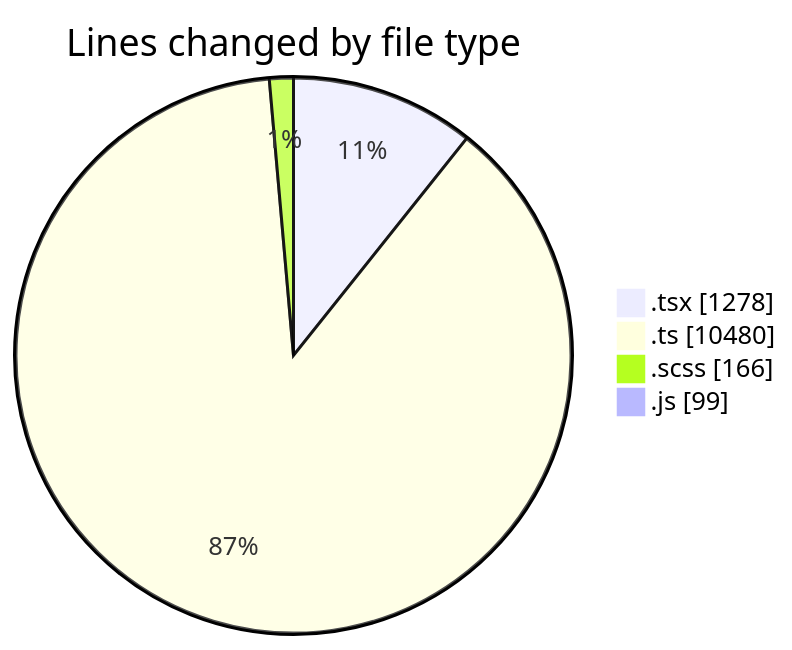
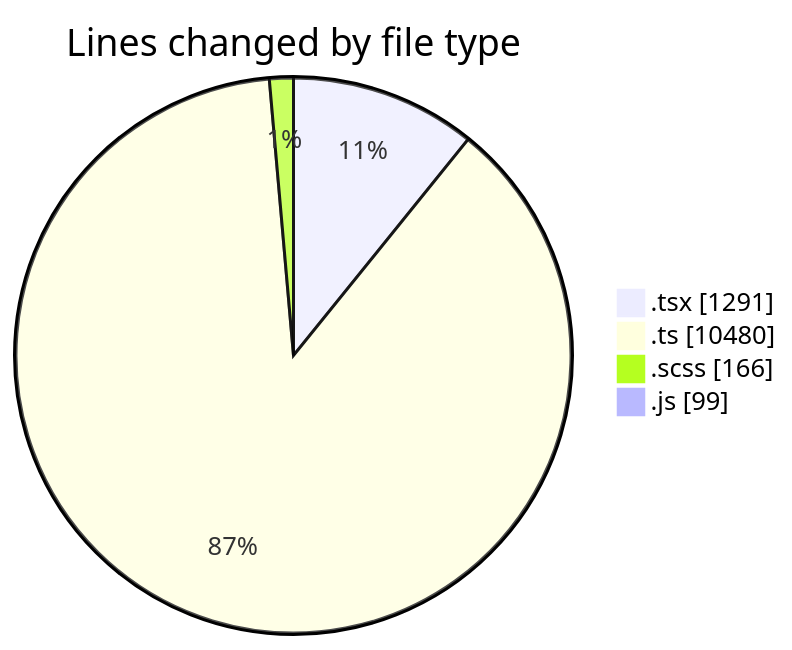
One commit to momahboobian/code-tracking changed the first of 2 diagrams in 2025-03-26/cda/README.md. Above: the diagram before and after it, drawn with Mermaid. The commit also changed other lines of this file and 1 other file, not shown here.

````diff
--- a/2025-03-26/cda/README.md
+++ b/2025-03-26/cda/README.md
@@ -43,8 +43,8 @@
 ```mermaid
 pie showData
 title Lines changed by file type
-".tsx" : 1278
+".tsx" : 1291
 ".ts" : 10480
 ".scss" : 166
 ".js" : 99
 ```
````
